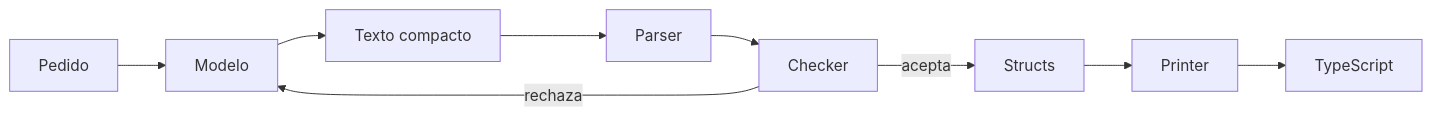
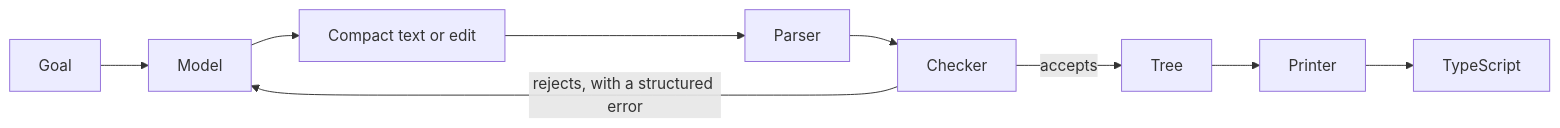
One commit to R4F405/Nodast changed the diagram in README.md. Above: the diagram before and after it, drawn with Mermaid. The commit also changed other lines of this file and 7 other files, not shown here.

````diff
--- a/README.md
+++ b/README.md
@@ -39,11 +56,11 @@
 ```mermaid
 flowchart LR
-  pedido[Pedido] --> modelo[Modelo]
-  modelo --> texto[Texto compacto]
-  texto --> parser[Parser]
+  goal[Goal] --> model[Model]
+  model --> text[Compact text or edit]
+  text --> parser[Parser]
   parser --> checker[Checker]
-  checker -->|acepta| memoria[Structs]
-  memoria --> printer[Printer]
+  checker -->|accepts| tree[Tree]
+  tree --> printer[Printer]
   printer --> ts[TypeScript]
-  checker -->|rechaza| modelo
+  checker -->|rejects, with a structured error| model
 ```
````
